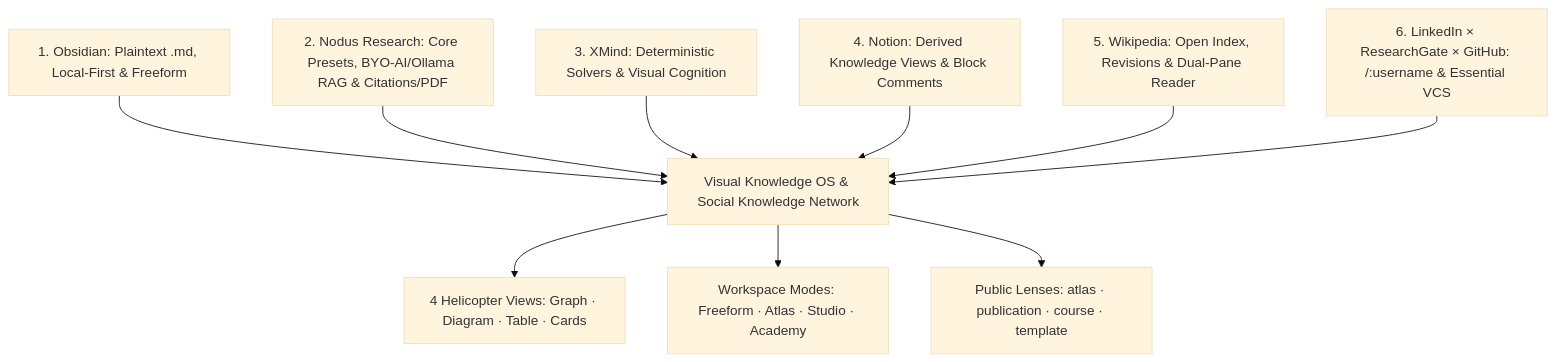
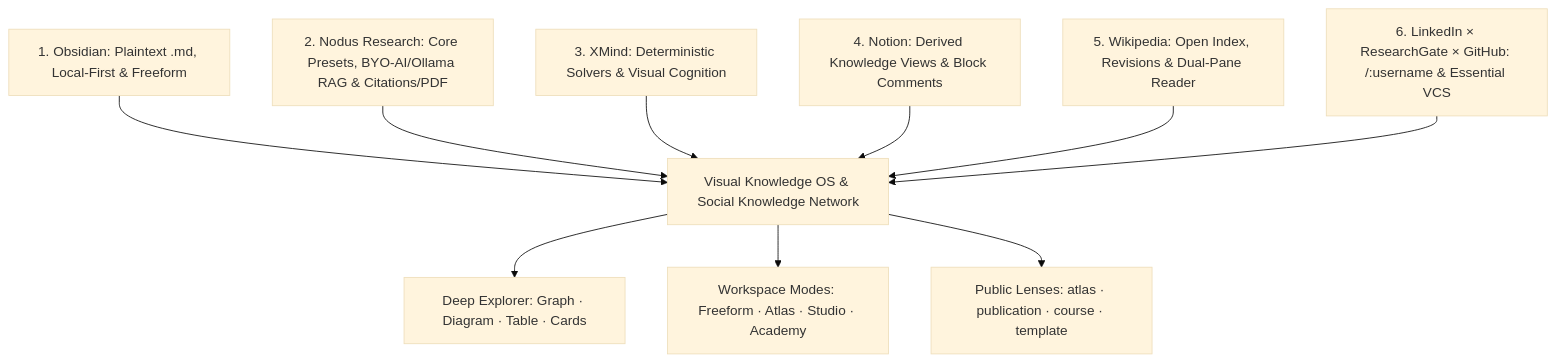
One commit to mjd-code/obmap-meed changed the first of 3 diagrams in docs/00-meta/00-0-master-blueprint.md. Above: the diagram before and after it, drawn with Mermaid (base theme). The commit also changed other lines of this file and 87 other files, not shown here.

````diff
--- a/docs/00-meta/00-0-master-blueprint.md
+++ b/docs/00-meta/00-0-master-blueprint.md
@@ -93,12 +93,12 @@
 ```mermaid
 flowchart TD
     R1["1. Obsidian: Plaintext .md, Local-First & Freeform"] --> CORE["Visual Knowledge OS & Social Knowledge Network"]
     R2["2. Nodus Research: Core Presets, BYO-AI/Ollama RAG & Citations/PDF"] --> CORE
     R3["3. XMind: Deterministic Solvers & Visual Cognition"] --> CORE
     R4["4. Notion: Derived Knowledge Views & Block Comments"] --> CORE
     R5["5. Wikipedia: Open Index, Revisions & Dual-Pane Reader"] --> CORE
     R6["6. LinkedIn × ResearchGate × GitHub: /:username & Essential VCS"] --> CORE
-    CORE --> M1["4 Helicopter Views: Graph · Diagram · Table · Cards"]
+    CORE --> M1["Deep Explorer: Graph · Diagram · Table · Cards"]
     CORE --> M2["Workspace Modes: Freeform · Atlas · Studio · Academy"]
     CORE --> M3["Public Lenses: atlas · publication · course · template"]
 ```
````
